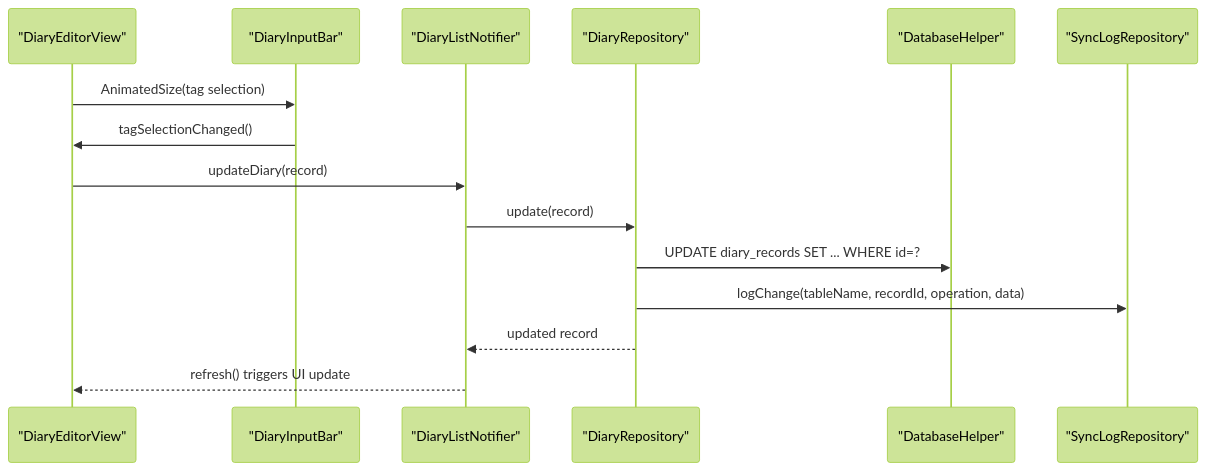
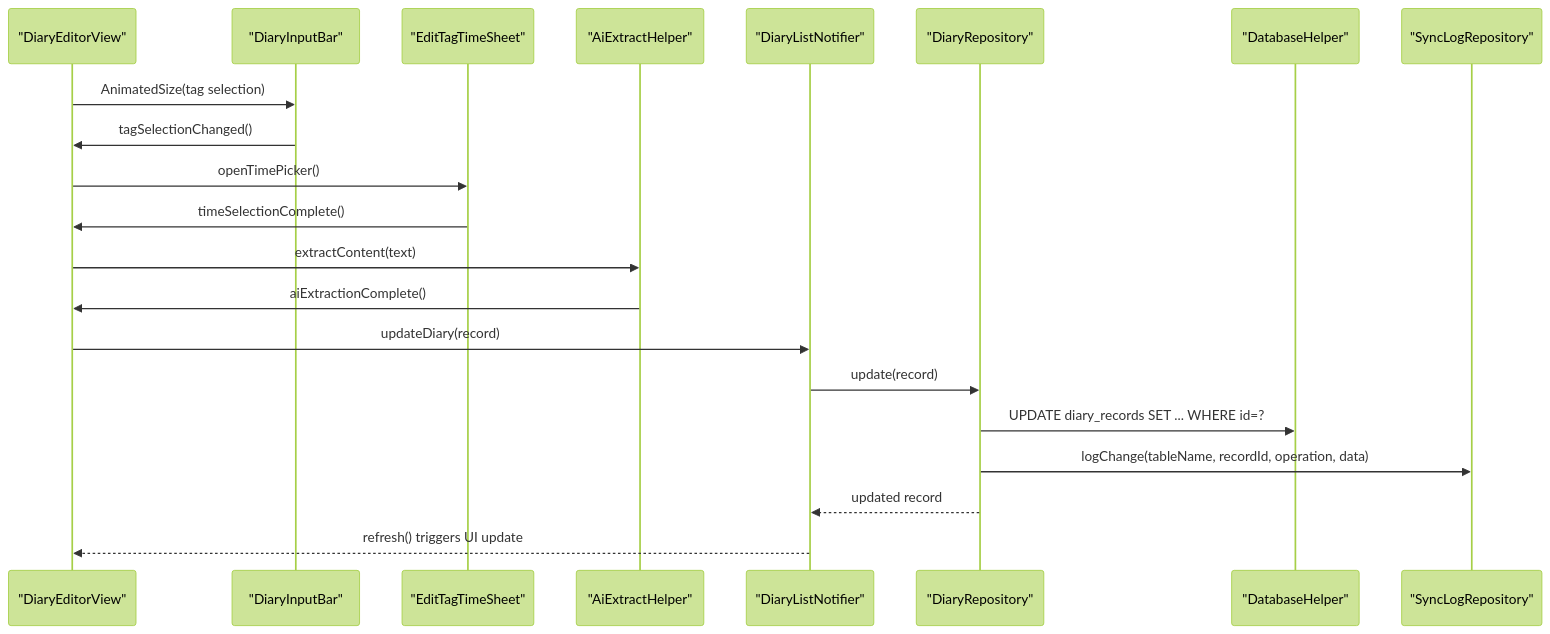
The second of 9 diagrams in .qoder/repowiki/en/content/Core Features/Diary Management.md (favoroo/QNote), drawn with Mermaid (forest theme) before and after one commit. The commit also changed other lines of this file and 68 other files, not shown here.

````diff
--- a/.qoder/repowiki/en/content/Core Features/Diary Management.md
+++ b/.qoder/repowiki/en/content/Core Features/Diary Management.md
@@ -115,17 +143,23 @@
 ```mermaid
 sequenceDiagram
 participant UI as "DiaryEditorView"
 participant Input as "DiaryInputBar"
+participant Time as "EditTagTimeSheet"
+participant AI as "AiExtractHelper"
 participant Prov as "DiaryListNotifier"
 participant Repo as "DiaryRepository"
 participant DB as "DatabaseHelper"
 participant Sync as "SyncLogRepository"
 UI->>Input : AnimatedSize(tag selection)
 Input->>UI : tagSelectionChanged()
+UI->>Time : openTimePicker()
+Time->>UI : timeSelectionComplete()
+UI->>AI : extractContent(text)
+AI->>UI : aiExtractionComplete()
 UI->>Prov : updateDiary(record)
 Prov->>Repo : update(record)
 Repo->>DB : UPDATE diary_records SET ... WHERE id=?
 Repo->>Sync : logChange(tableName, recordId, operation, data)
 Repo-->>Prov : updated record
 Prov-->>UI : refresh() triggers UI update
 ```
````
